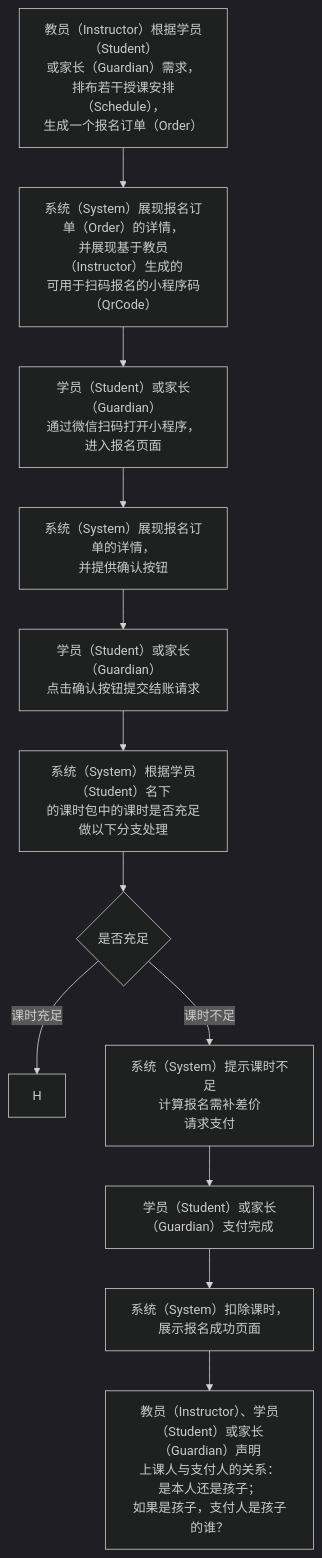
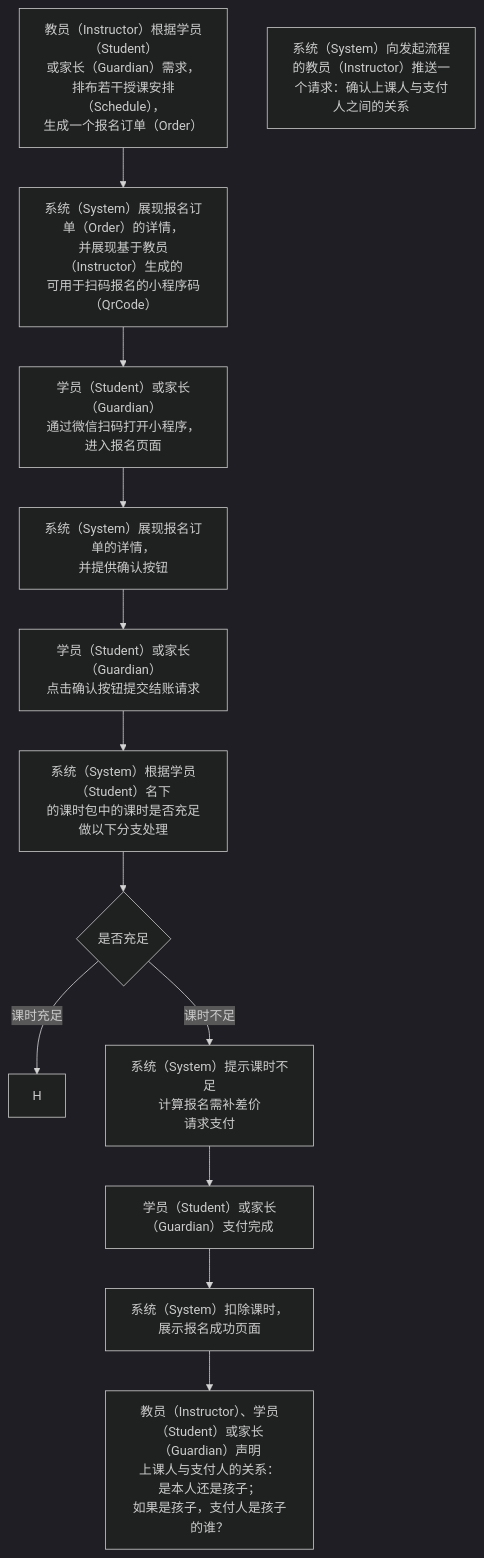
The diagram in 用例/报名.md (world-wide-web/sign), drawn with Mermaid (dark theme) before and after one commit. The commit also changed other lines of this file, not shown here.

````diff
--- a/用例/报名.md
+++ b/用例/报名.md
@@ -8,37 +8,39 @@
 ```mermaid
 graph TD
 
 生成报名订单-->生成报名码
 生成报名码-->扫码报名
 扫码报名-->展现报名订单
 展现报名订单-->确认并提交结账请求
 确认并提交结账请求-->检查课时数量
 检查课时数量-->判断课时数量
 判断课时数量--课时充足-->H
 判断课时数量--课时不足-->请求支付
 请求支付-->支付完成
 支付完成-->报名成功
 报名成功-->身份声明
 
 生成报名订单["<center>教员（Instructor）根据学员（Student）<br>或家长（Guardian）需求，<br>排布若干授课安排（Schedule），<br>生成一个报名订单（Order）</center>"]
 
 生成报名码["<center>系统（System）展现报名订单（Order）的详情，<br>并展现基于教员（Instructor）生成的<br>可用于扫码报名的小程序码（QrCode）</center>"]
 
 扫码报名["<center>学员（Student）或家长（Guardian）<br>通过微信扫码打开小程序，进入报名页面</center>"]
 
 展现报名订单["<center>系统（System）展现报名订单的详情，<br>并提供确认按钮</center>"]
 
 确认并提交结账请求["<center>学员（Student）或家长（Guardian）<br>点击确认按钮提交结账请求</center>"]
 
 检查课时数量["<center>系统（System）根据学员（Student）名下<br>的课时包中的课时是否充足做以下分支处理</center>"]
 
 判断课时数量{"<center>是否充足</center>"}
 
 请求支付["<center>系统（System）提示课时不足<br>计算报名需补差价<br>请求支付</center>"]
 
 支付完成["<center>学员（Student）或家长（Guardian）支付完成</center>"]
 
 报名成功["<center>系统（System）扣除课时，展示报名成功页面</center>"]
 
+请求身份声明["<center>系统（System）向发起流程的教员（Instructor）推送一个请求：确认上课人与支付人之间的关系</center>"]
+
 身份声明["<center>教员（Instructor）、学员（Student）或家长（Guardian）声明<br>上课人与支付人的关系：<br>是本人还是孩子；<br>如果是孩子，支付人是孩子的谁？</center>"]
 ```
````
